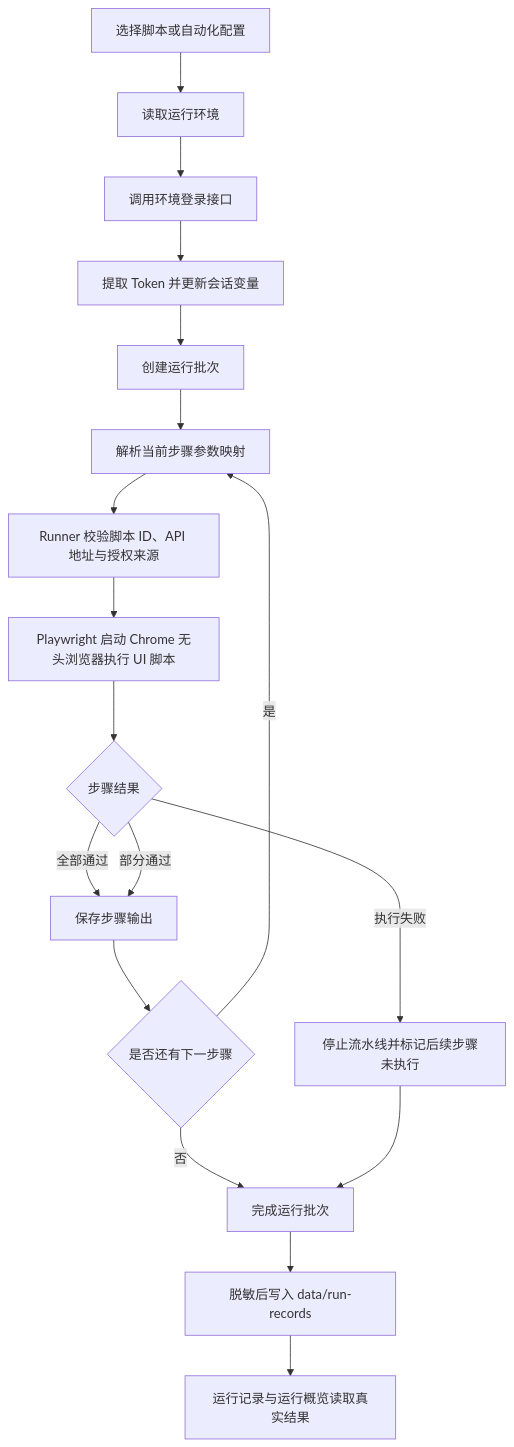
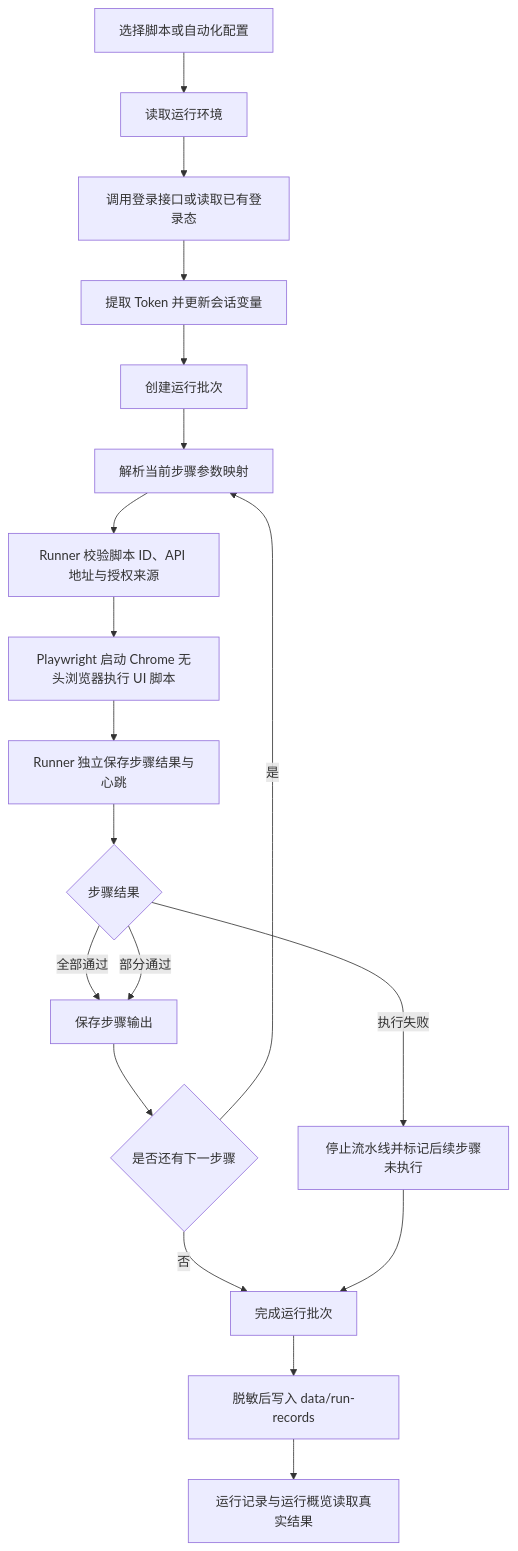
One commit to caozichen/autoTest changed the diagram in README.md. Above: the diagram before and after it, drawn with Mermaid. The commit also changed other lines of this file and 100 other files, not shown here.

````diff
--- a/README.md
+++ b/README.md
@@ -154,20 +240,21 @@
 ```mermaid
 flowchart TD
     A["选择脚本或自动化配置"] --> B["读取运行环境"]
-    B --> C["调用环境登录接口"]
+    B --> C["调用登录接口或读取已有登录态"]
     C --> D["提取 Token 并更新会话变量"]
     D --> E["创建运行批次"]
     E --> F["解析当前步骤参数映射"]
     F --> G["Runner 校验脚本 ID、API 地址与授权来源"]
     G --> H["Playwright 启动 Chrome 无头浏览器执行 UI 脚本"]
-    H --> I{"步骤结果"}
+    H --> P["Runner 独立保存步骤结果与心跳"]
+    P --> I{"步骤结果"}
     I -- "全部通过" --> J["保存步骤输出"]
     I -- "部分通过" --> J
     J --> K{"是否还有下一步骤"}
     K -- "是" --> F
     K -- "否" --> M["完成运行批次"]
     I -- "执行失败" --> L["停止流水线并标记后续步骤未执行"]
     L --> M
     M --> N["脱敏后写入 data/run-records"]
     N --> O["运行记录与运行概览读取真实结果"]
 ```
````
